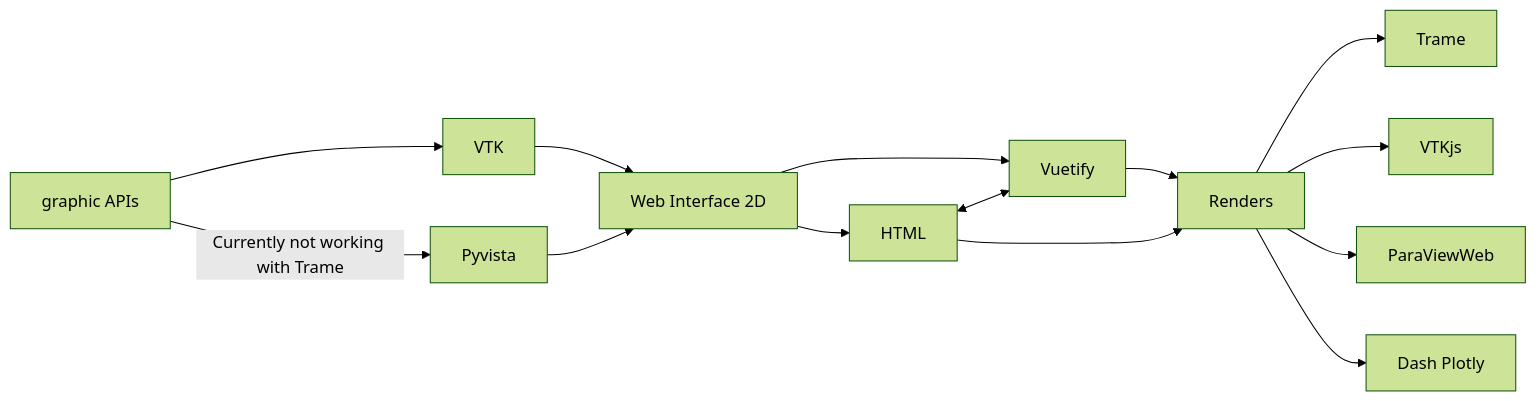
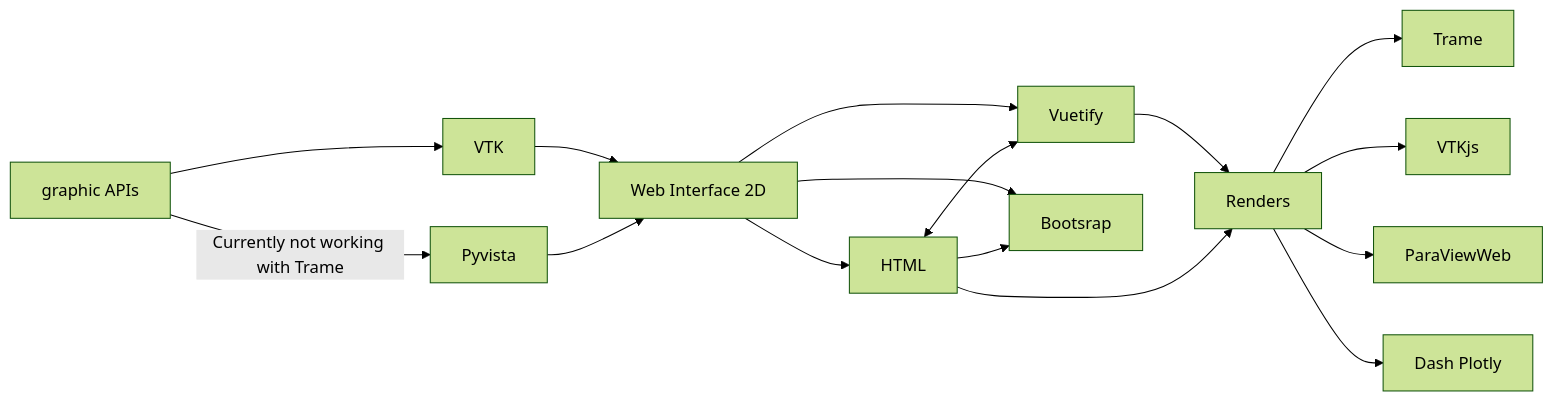
One commit to oscarBarEs/myTFG changed the diagram in stateOftheArt/Readme.md. Above: the diagram before and after it, drawn with Mermaid (forest theme). The commit also changed other lines of this file, not shown here.

````diff
--- a/stateOftheArt/Readme.md
+++ b/stateOftheArt/Readme.md
@@ -9,16 +9,18 @@
 ```mermaid
 graph LR
 A[graphic APIs] --> B[VTK]
 A -- Currently not working with Trame --> C[Pyvista]
 B --> D[Web Interface 2D]
 C --> D
 D --> E[Vuetify]
 D --> F[HTML]
+D --> L[Bootsrap]
+F --> L
 F <--> E
 E --> G[Renders]
 F --> G
 G --> H[Trame]
 G --> I[VTKjs]
 G --> J[ParaViewWeb]
 G --> K[Dash Plotly]
 ```
````
